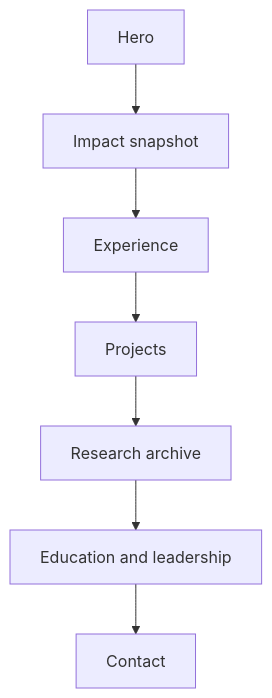
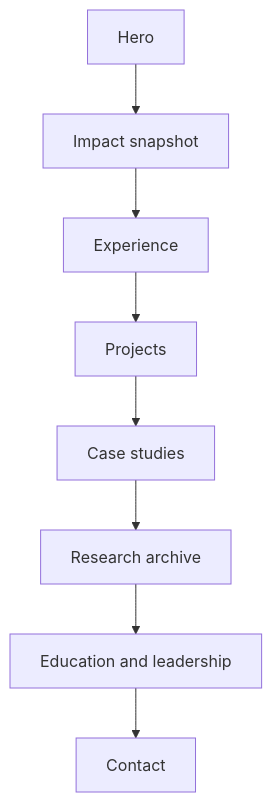
The diagram in README.md (fatimmajumder/fatimmajumder.github.io), drawn with Mermaid before and after one commit. The commit also changed other lines of this file and 4 other files, not shown here.

Commit message:
Add public-safe experience case studies

````diff
--- a/README.md
+++ b/README.md
@@ -26,9 +28,10 @@
 ```mermaid
 flowchart TD
     A["Hero"] --> B["Impact snapshot"]
     B --> C["Experience"]
     C --> D["Projects"]
-    D --> E["Research archive"]
-    E --> F["Education and leadership"]
-    F --> G["Contact"]
+    D --> E["Case studies"]
+    E --> F["Research archive"]
+    F --> G["Education and leadership"]
+    G --> H["Contact"]
 ```
````
